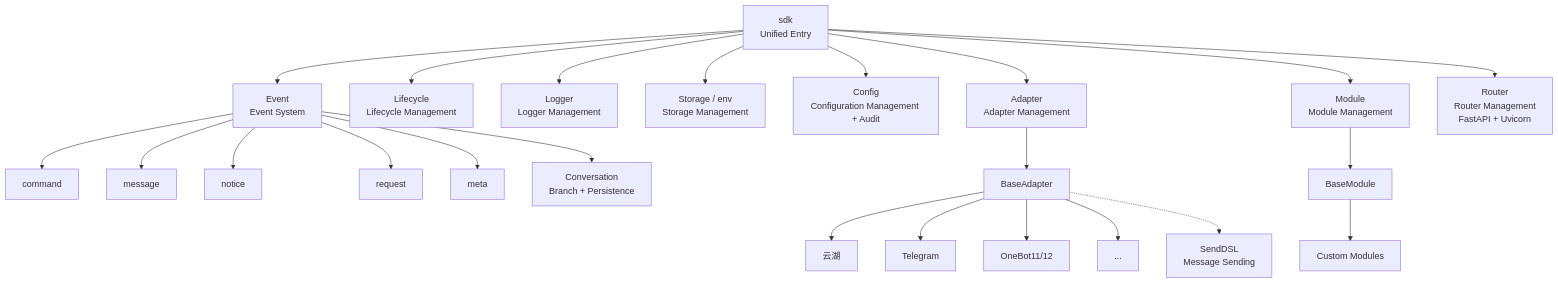
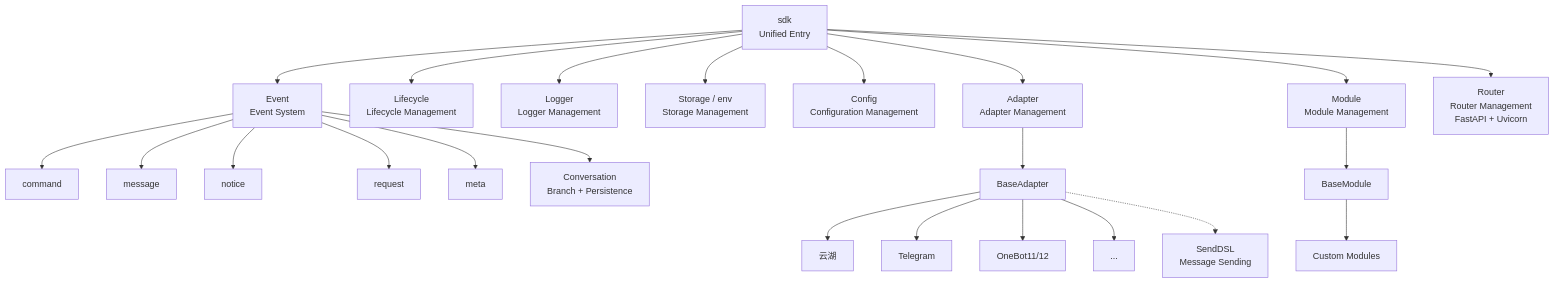
One commit to ErisPulse/ErisPulse changed the first of 5 diagrams in docs/en/architecture.md. Above: the diagram before and after it, drawn with Mermaid. The commit also changed other lines of this file and 46 other files, not shown here.

````diff
--- a/docs/en/architecture.md
+++ b/docs/en/architecture.md
@@ -9,30 +9,30 @@
 ```mermaid
 graph TB
     SDK["sdk<br/>Unified Entry"]
 
     SDK --> Event["Event<br/>Event System"]
     SDK --> Lifecycle["Lifecycle<br/>Lifecycle Management"]
     SDK --> Logger["Logger<br/>Logger Management"]
     SDK --> Storage["Storage / env<br/>Storage Management"]
-    SDK --> Config["Config<br/>Configuration Management + Audit"]
+    SDK --> Config["Config<br/>Configuration Management"]
     SDK --> AdapterMgr["Adapter<br/>Adapter Management"]
     SDK --> ModuleMgr["Module<br/>Module Management"]
     SDK --> Router["Router<br/>Router Management<br/>FastAPI + Uvicorn"]
     Event --> Command["command"]
     Event --> Message["message"]
     Event --> Notice["notice"]
     Event --> Request["request"]
     Event --> Meta["meta"]
     Event --> Conversation["Conversation<br/>Branch + Persistence"]
 
     AdapterMgr --> BaseAdapter["BaseAdapter"]
     BaseAdapter --> P1["云湖"]
     BaseAdapter --> P2["Telegram"]
     BaseAdapter --> P3["OneBot11/12"]
     BaseAdapter --> PN["..."]
 
     ModuleMgr --> BaseModule["BaseModule"]
     BaseModule --> CM["Custom Modules"]
 
     BaseAdapter -.-> SendDSL["SendDSL<br/>Message Sending"]
 ```
````
